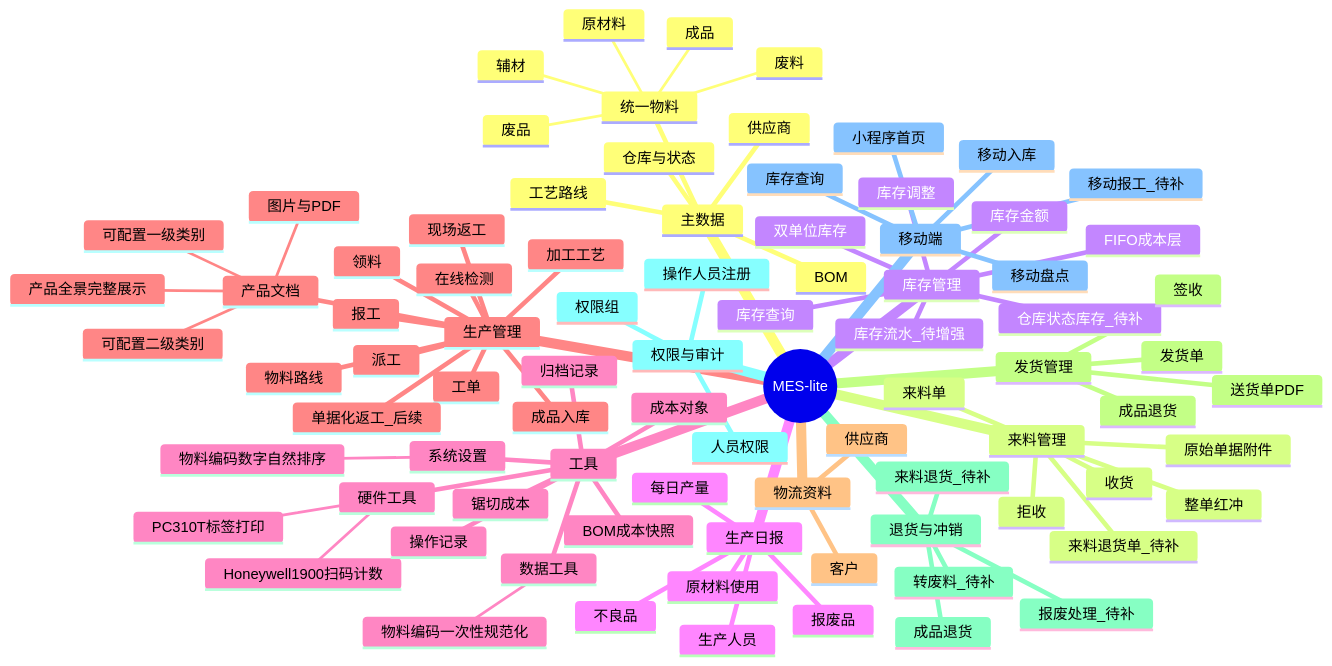
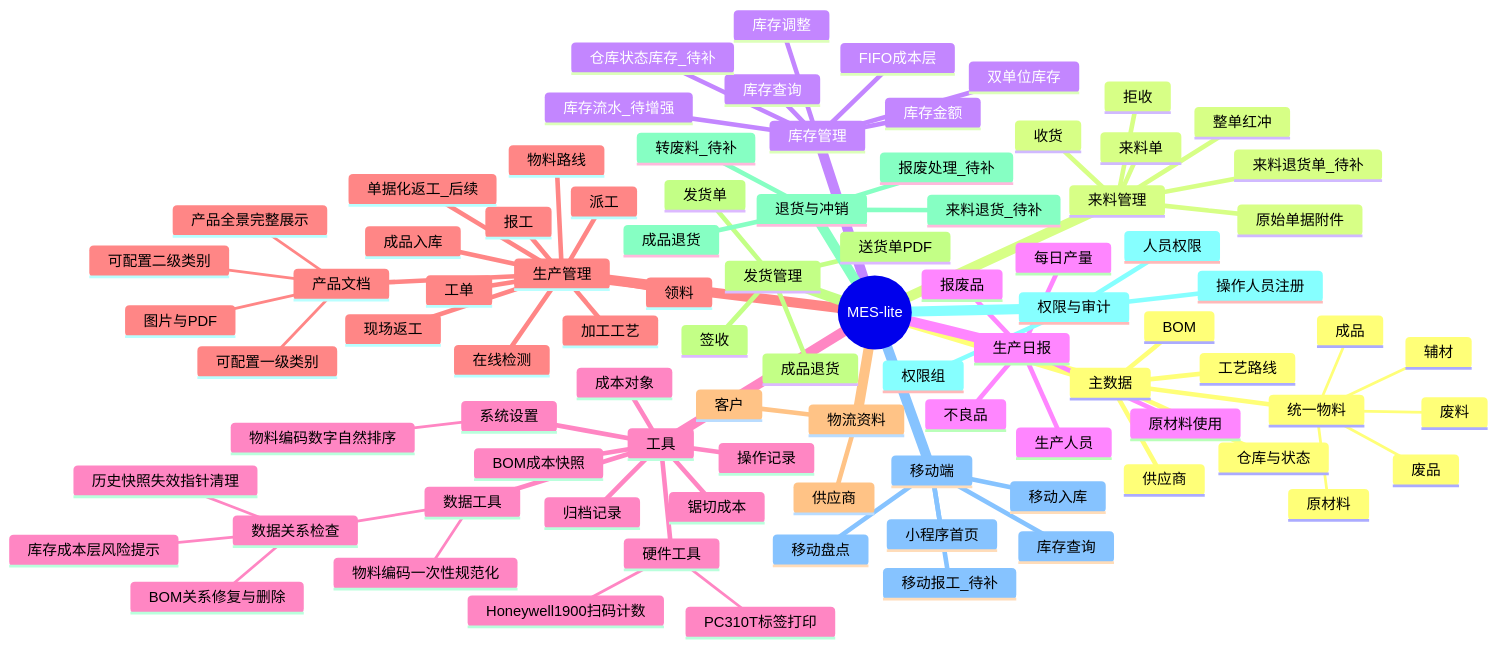
The first of 16 diagrams in docs/minierp/system-function-flow.md (goldf2/mes-lite), drawn with Mermaid before and after one commit. The commit also changed other lines of this file and 13 other files, not shown here.

```diff
--- a/docs/minierp/system-function-flow.md
+++ b/docs/minierp/system-function-flow.md
@@ -62,6 +62,10 @@
       操作记录
       数据工具
         物料编码一次性规范化
+        数据关系检查
+          BOM关系修复与删除
+          历史快照失效指针清理
+          库存成本层风险提示
       系统设置
         物料编码数字自然排序
     生产管理
```
